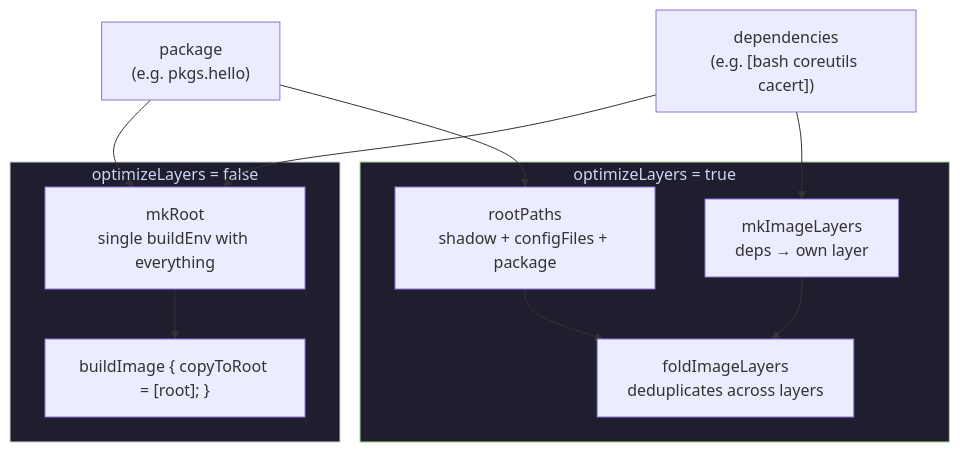
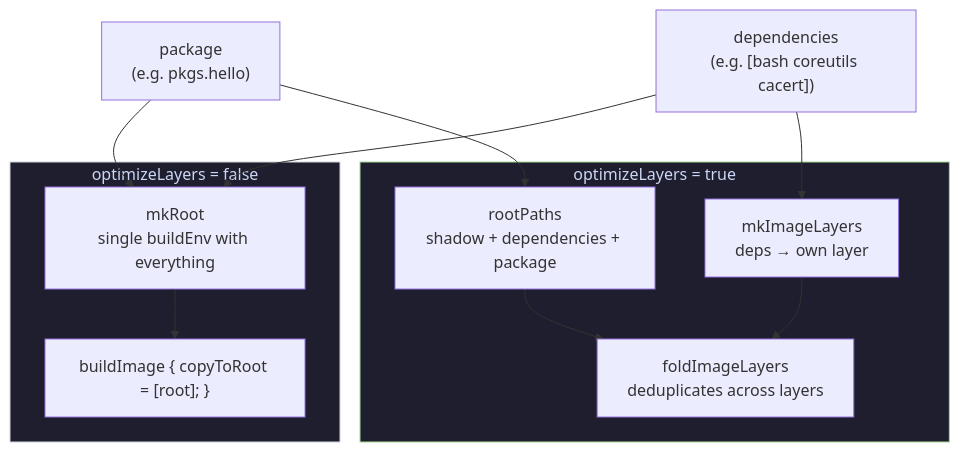
The ninth of 16 diagrams in docs/content/explanation/container-metadata-wiring.md (Dauliac/nix-oci), drawn with Mermaid before and after one commit. The commit also changed other lines of this file and 16 other files, not shown here.

First line of the commit message:
refactor: remove redundant configFiles option, merge into dependencies

````diff
--- a/docs/content/explanation/container-metadata-wiring.md
+++ b/docs/content/explanation/container-metadata-wiring.md
@@ -290,27 +290,27 @@
 ```mermaid
 flowchart TD
     Pkg["package<br/>(e.g. pkgs.hello)"]
     Deps["dependencies<br/>(e.g. [bash coreutils cacert])"]
 
     subgraph naive ["optimizeLayers = false"]
         Root["mkRoot<br/>single buildEnv with everything"]
         CopyToRoot["buildImage { copyToRoot = [root]; }"]
         Root --> CopyToRoot
     end
 
     subgraph optimized ["optimizeLayers = true"]
         DepsLayer["mkImageLayers<br/>deps → own layer"]
-        AppLayer["rootPaths<br/>shadow + configFiles + package"]
+        AppLayer["rootPaths<br/>shadow + dependencies + package"]
         Fold["foldImageLayers<br/>deduplicates across layers"]
         DepsLayer --> Fold
         AppLayer --> Fold
     end
 
     Pkg --> Root
     Deps --> Root
     Pkg --> AppLayer
     Deps --> DepsLayer
 
     style naive fill:#1e1e2e,stroke:#ced4da,color:#cdd6f4
     style optimized fill:#1e1e2e,stroke:#a6da95,color:#cdd6f4
 ```
````
